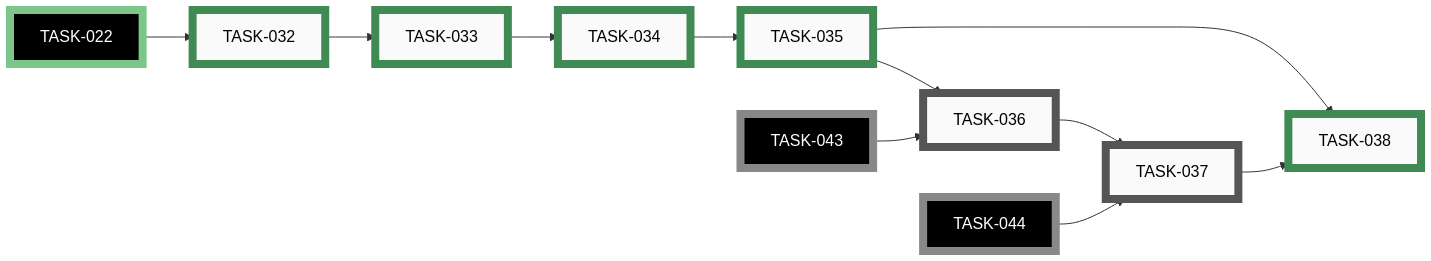
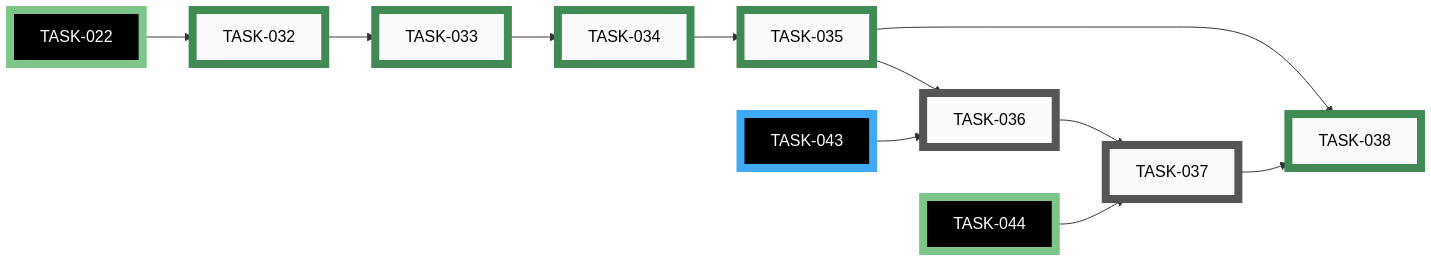
One commit to tgd1975/PartsLedger changed the fifth of 9 diagrams in docs/developers/tasks/EPICS.md. Above: the diagram before and after it, drawn with Mermaid. The commit also changed other lines of this file and 14 other files, not shown here.

First line of the commit message:
recognition: VLM adapter, pipeline glue, undo journal (TASK-042/043/044)

````diff
--- a/docs/developers/tasks/EPICS.md
+++ b/docs/developers/tasks/EPICS.md
@@ -244,41 +244,41 @@
 ```mermaid
 graph LR
     TASK_036["TASK-036"]:::open
     TASK_037["TASK-037"]:::open
     TASK_032["TASK-032"]:::closed
     TASK_033["TASK-033"]:::closed
     TASK_034["TASK-034"]:::closed
     TASK_035["TASK-035"]:::closed
     TASK_038["TASK-038"]:::closed
     TASK_022["TASK-022"]:::closedExt
-    TASK_043["TASK-043"]:::openExt
-    TASK_044["TASK-044"]:::openExt
+    TASK_043["TASK-043"]:::activeExt
+    TASK_044["TASK-044"]:::closedExt
     TASK_035 --> TASK_036
     TASK_043 --> TASK_036
     TASK_036 --> TASK_037
     TASK_044 --> TASK_037
     TASK_022 --> TASK_032
     TASK_032 --> TASK_033
     TASK_033 --> TASK_034
     TASK_034 --> TASK_035
     TASK_035 --> TASK_038
     TASK_037 --> TASK_038
     click TASK_036 "open/task-036-recognition-overlay-state-machine.md"
     click TASK_037 "open/task-037-secondary-key-dispatch.md"
     click TASK_032 "closed/task-032-camera-selection-wizard.md"
     click TASK_033 "closed/task-033-live-viewfinder-overlays.md"
     click TASK_034 "closed/task-034-capture-trigger-and-still.md"
     click TASK_035 "closed/task-035-camera-cli-wrapper.md"
     click TASK_038 "closed/task-038-capture-slash-skill.md"
     click TASK_022 "closed/task-022-adopt-src-layout.md"
-    click TASK_043 "open/task-043-recognition-pipeline-glue.md"
-    click TASK_044 "open/task-044-undo-journal.md"
+    click TASK_043 "active/task-043-recognition-pipeline-glue.md"
+    click TASK_044 "closed/task-044-undo-journal.md"
     classDef open    fill:#FAFAFA,stroke:#555,stroke-width:8px,color:#000
     classDef active  fill:#FAFAFA,stroke:#1A6FA8,stroke-width:8px,color:#000
     classDef closed  fill:#FAFAFA,stroke:#3F8B53,stroke-width:8px,color:#000
     classDef paused  fill:#FAFAFA,stroke:#B07810,stroke-width:8px,color:#000
     classDef openExt    fill:#000,stroke:#888,stroke-width:8px,color:#FFF
     classDef activeExt  fill:#000,stroke:#3FA9F5,stroke-width:8px,color:#FFF
     classDef closedExt  fill:#000,stroke:#7CC68A,stroke-width:8px,color:#FFF
     classDef pausedExt  fill:#000,stroke:#F0B030,stroke-width:8px,color:#FFF
 ```
````
